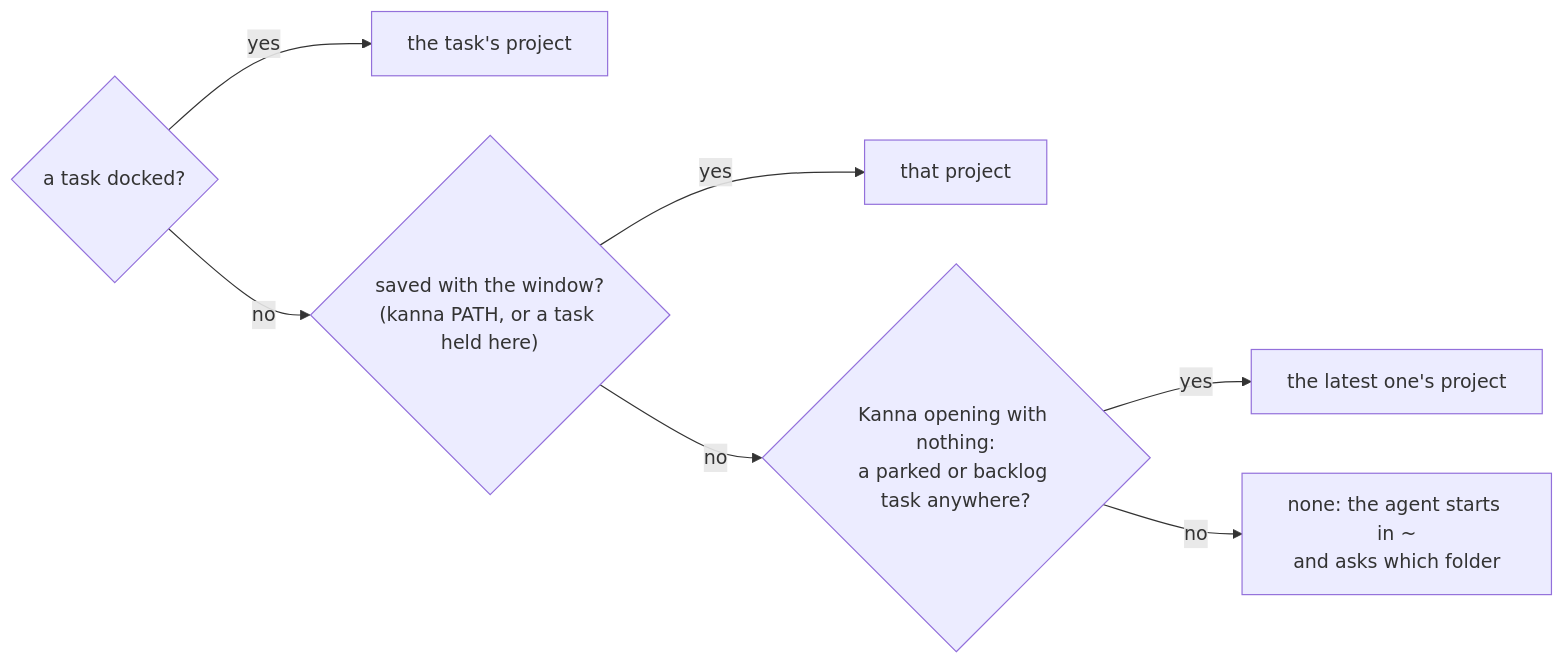
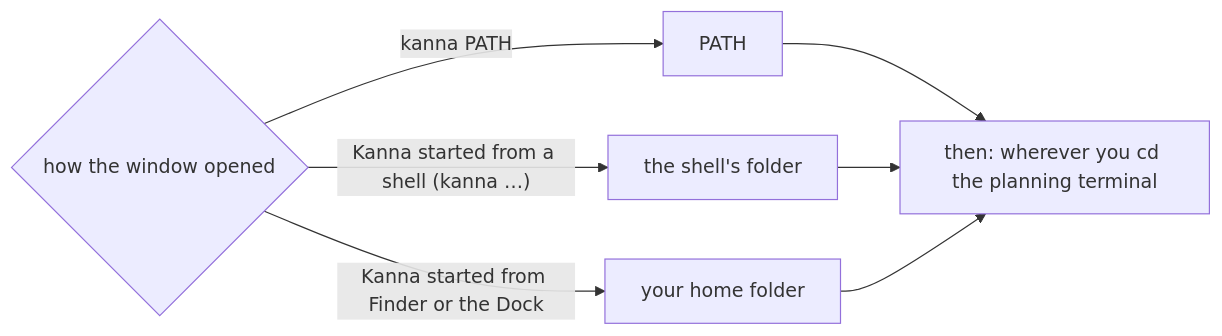
One commit to jemdiggity/kanna-v4 changed the second of 3 diagrams in docs/specs/planning-agent.md. Above: the diagram before and after it, drawn with Mermaid. The commit also changed other lines of this file and 20 other files, not shown here.

First line of the commit message:
The planning agent's pane is a terminal: it prints how to start and is your shell, in the folder Kanna was started in, and you start your agent there

````diff
--- a/docs/specs/planning-agent.md
+++ b/docs/specs/planning-agent.md
@@ -61,9 +60,7 @@
 ```mermaid
 flowchart LR
-    A{"a task docked?"} -->|yes| T["the task's project"]
-    A -->|no| B{"saved with the window?<br/>(kanna PATH, or a task held here)"}
-    B -->|yes| P["that project"]
-    B -->|no| C{"Kanna opening with nothing:<br/>a parked or backlog task anywhere?"}
-    C -->|yes| L["the latest one's project"]
-    C -->|no| H["none: the agent starts in ~<br/>and asks which folder"]
+    A{"how the window opened"} -->|"kanna PATH"| P["PATH"]
+    A -->|"Kanna started from a shell (kanna …)"| S["the shell's folder"]
+    A -->|"Kanna started from Finder or the Dock"| H["your home folder"]
+    P & S & H --> C["then: wherever you cd the planning terminal"]
 ```
````
